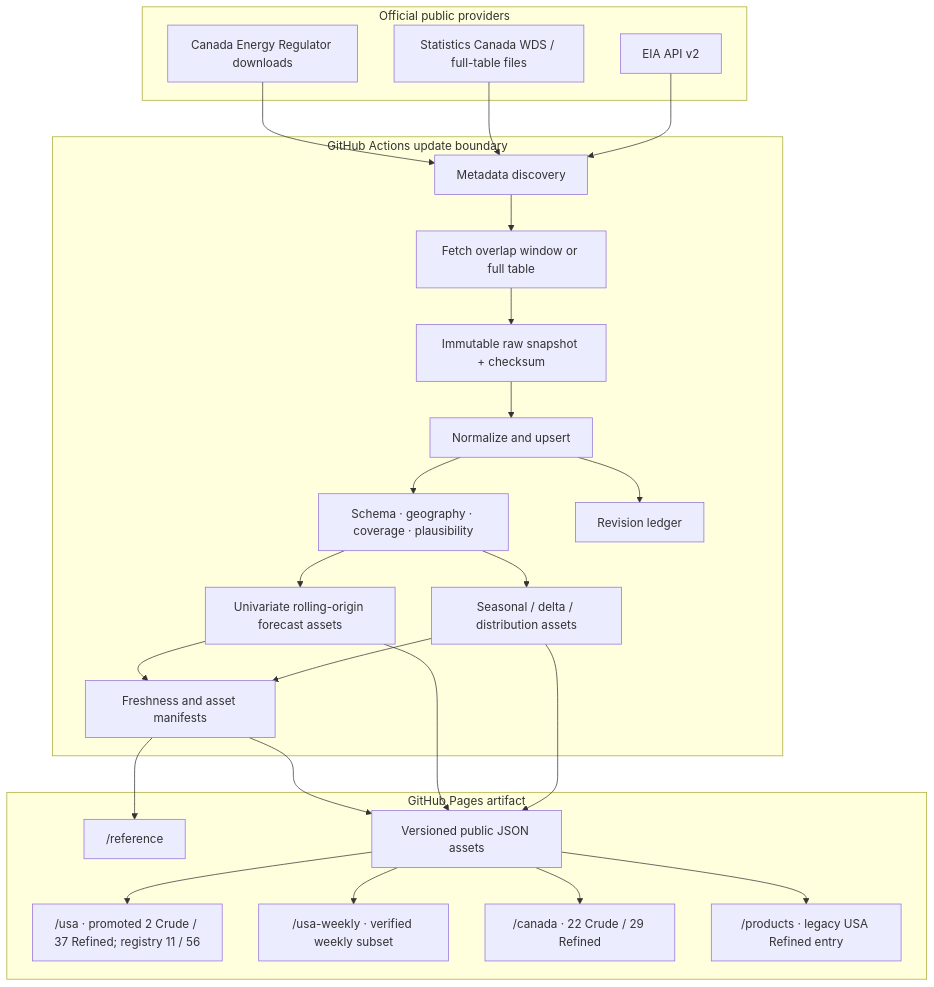
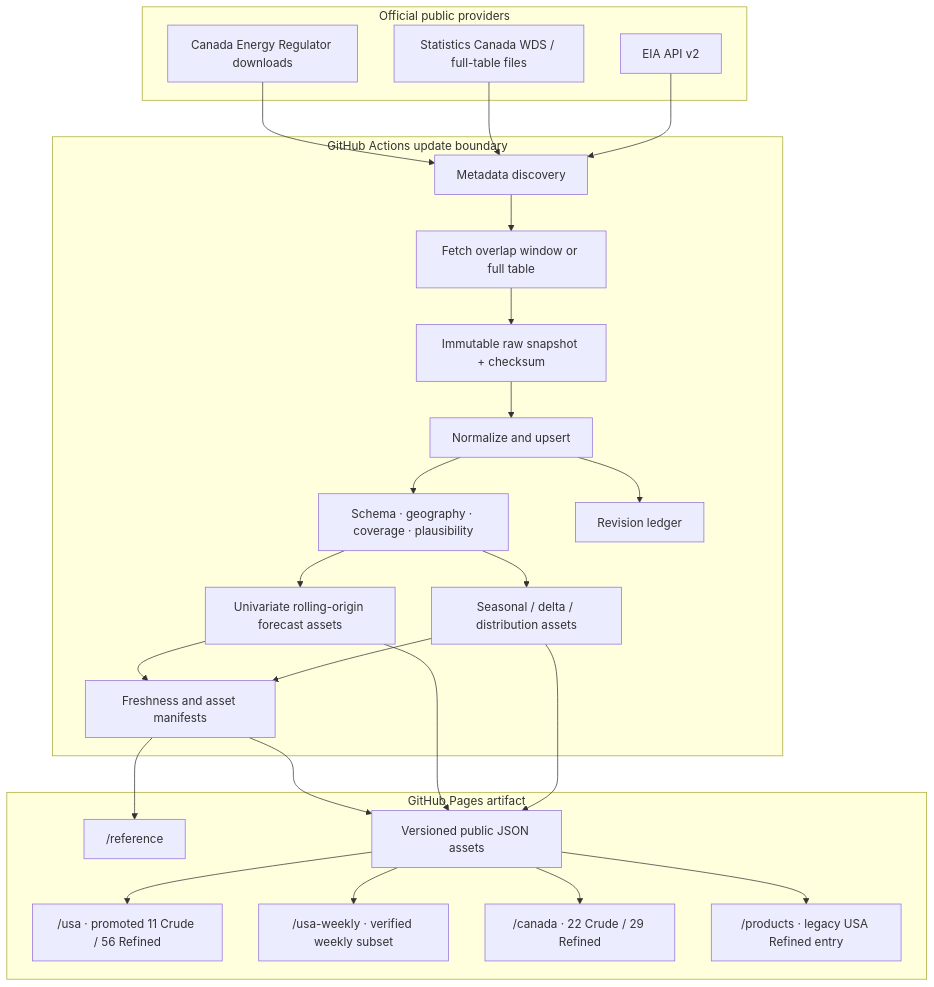
Before and after one commit to Aftikharmnz/USA_Canada_public_data_oil_and_gas_01: the diagram in docs/architecture.md, drawn with Mermaid. The commit also changed other lines of this file and 8 other files, not shown here.

````diff
--- a/docs/architecture.md
+++ b/docs/architecture.md
@@ -15,44 +15,44 @@
 ```mermaid
 flowchart TB
     subgraph Upstream["Official public providers"]
       EIA["EIA API v2"]
       STC["Statistics Canada WDS / full-table files"]
       CER["Canada Energy Regulator downloads"]
     end
 
     subgraph Update["GitHub Actions update boundary"]
       Discover["Metadata discovery"]
       Fetch["Fetch overlap window or full table"]
       Raw["Immutable raw snapshot + checksum"]
       Canon["Normalize and upsert"]
       Validate["Schema · geography · coverage · plausibility"]
       Rev["Revision ledger"]
       Derive["Seasonal / delta / distribution assets"]
       Forecast["Univariate rolling-origin forecast assets"]
       Manifest["Freshness and asset manifests"]
     end
 
     subgraph Static["GitHub Pages artifact"]
-      USA["/usa · promoted 2 Crude / 37 Refined; registry 11 / 56"]
+      USA["/usa · promoted 11 Crude / 56 Refined"]
       USAWeekly["/usa-weekly · verified weekly subset"]
       CAN["/canada · 22 Crude / 29 Refined"]
       Reference["/reference"]
       Legacy["/products · legacy USA Refined entry"]
       Data["Versioned public JSON assets"]
     end
 
     EIA --> Discover
     STC --> Discover
     CER --> Discover
     Discover --> Fetch --> Raw --> Canon --> Validate
     Canon --> Rev
     Validate --> Derive --> Data
     Validate --> Forecast --> Data
     Derive --> Manifest --> Data
     Forecast --> Manifest
     Data --> USA
     Data --> USAWeekly
     Data --> CAN
     Manifest --> Reference
     Data --> Legacy
 ```
````
